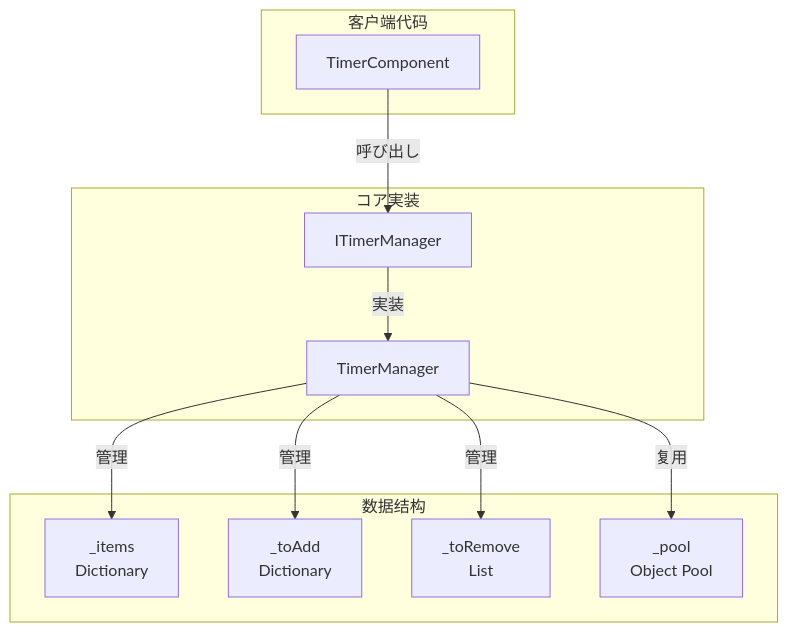
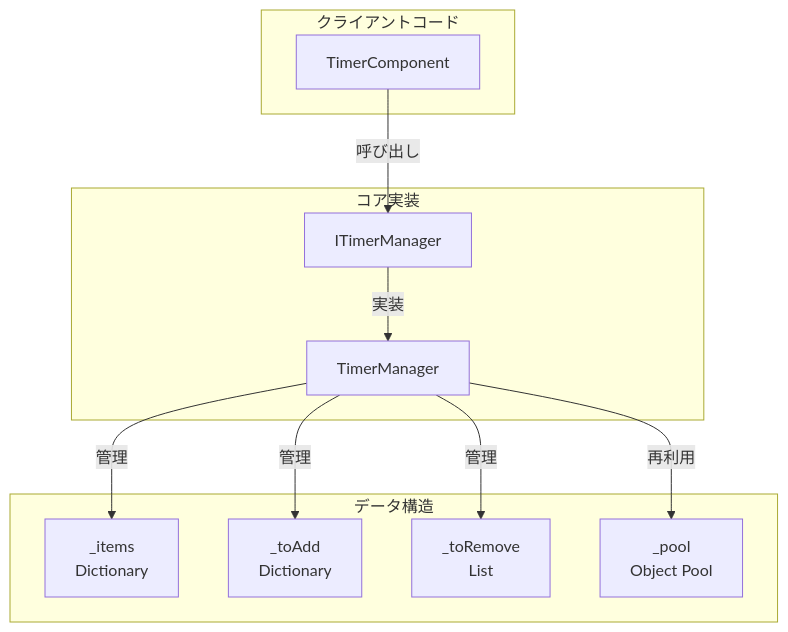
Before and after one commit to AlianBlank/GameFrameX.Docs: the first of 3 diagrams in docs/ja/client/unity/component/timer/08.add-timer.md, drawn with Mermaid. The commit also changed other lines of this file and 320 other files, not shown here.

````diff
--- a/docs/ja/client/unity/component/timer/08.add-timer.md
+++ b/docs/ja/client/unity/component/timer/08.add-timer.md
@@ -35,25 +35,25 @@
 ```mermaid
 flowchart TD
-    subgraph Client["客户端代码"]
+    subgraph Client["クライアントコード"]
         TC[TimerComponent]
     end
 
     subgraph Core["コア実装"]
         ITM[ITimerManager]
         TM[TimerManager]
     end
 
-    subgraph Data["数据结构"]
+    subgraph Data["データ構造"]
         Items["_items<br/>Dictionary"]
         ToAdd["_toAdd<br/>Dictionary"]
         ToRemove["_toRemove<br/>List"]
         Pool["_pool<br/>Object Pool"]
     end
 
     TC -->|呼び出し| ITM
     ITM -->|実装| TM
     TM -->|管理| Items
     TM -->|管理| ToAdd
     TM -->|管理| ToRemove
-    TM -->|复用| Pool
+    TM -->|再利用| Pool
 ```
````
